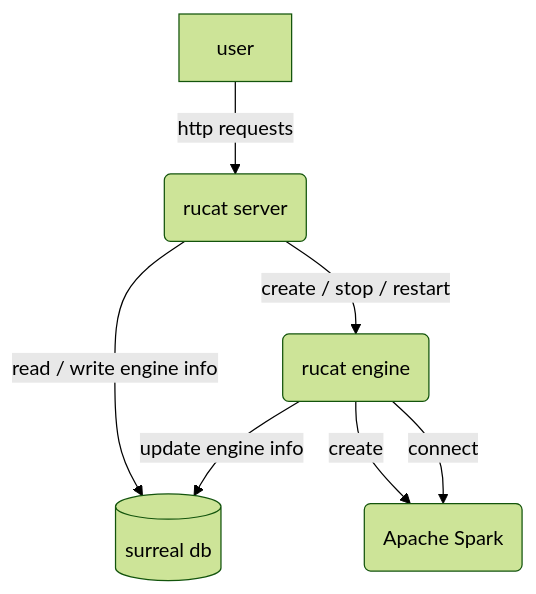
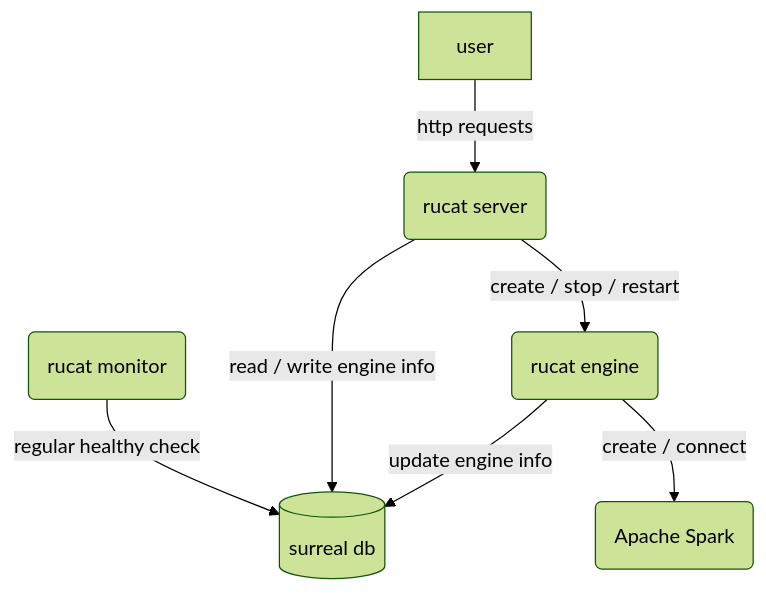
The first of 2 diagrams in README.md (HaoYang670/rucat), drawn with Mermaid (forest theme) before and after one commit. The commit also changed other lines of this file and 2 other files, not shown here.

Commit message:
wait for engine to be running in tests

````diff
--- a/README.md
+++ b/README.md
@@ -7,13 +7,14 @@
 ```mermaid
 flowchart
     server(rucat server)
-    db[(surreal db)]
     engine(rucat engine)
     spark(Apache Spark)
+    monitor(rucat monitor)
+    db[(surreal db)]
     user -- http requests --> server
+    monitor -- regular healthy check --> db
     server -- read / write engine info --> db
     server -- create / stop / restart --> engine
     engine -- update engine info --> db
-    engine -- create --> spark
-    engine -- connect --> spark
+    engine -- create / connect --> spark
 ```
````
